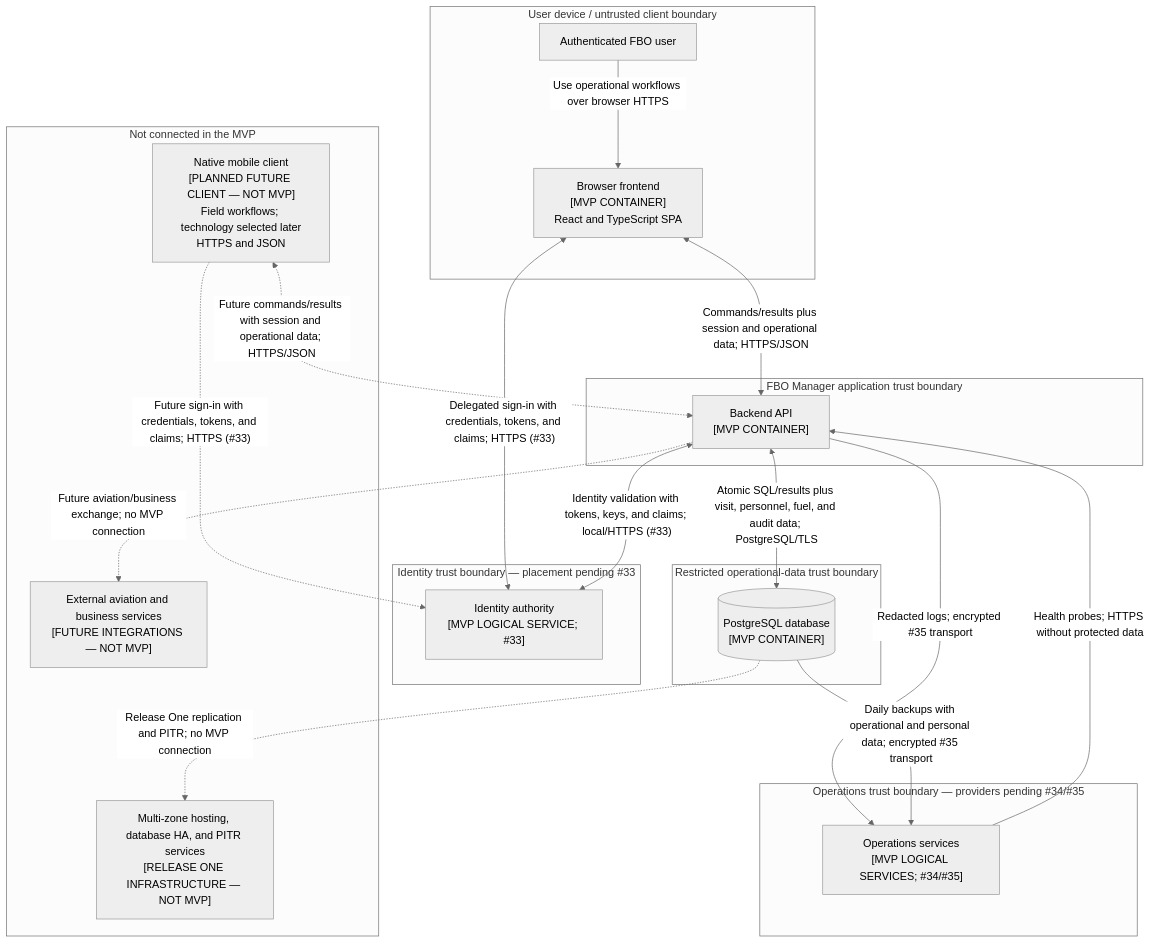
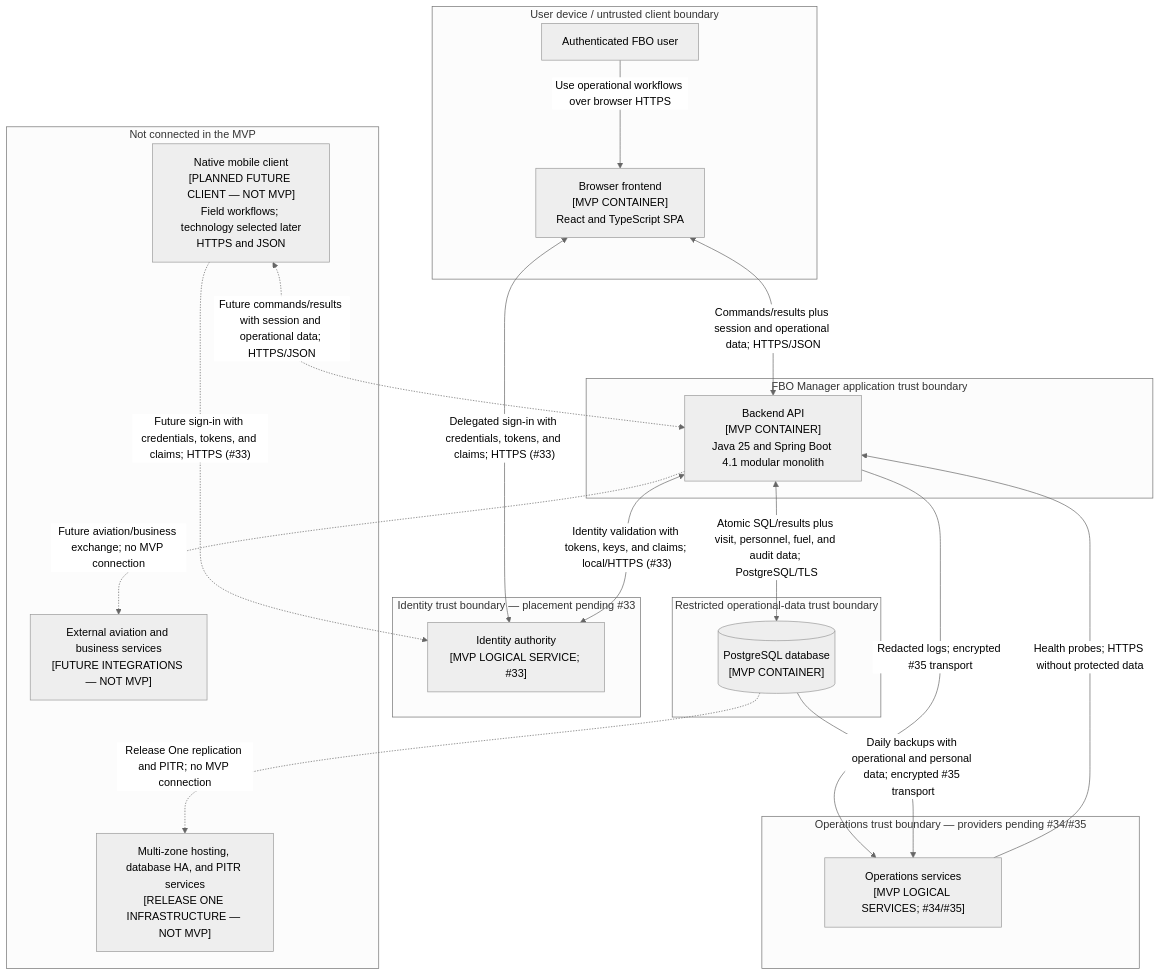
One commit to ecillie/FBO_Manager changed the second of 2 diagrams in docs/architecture.md. Above: the diagram before and after it, drawn with Mermaid (neutral theme). The commit also changed other lines of this file and 3 other files, not shown here.

Commit message:
Document backend application architecture

````diff
--- a/docs/architecture.md
+++ b/docs/architecture.md
@@ -80,42 +80,42 @@
 ```mermaid
 flowchart TB
     subgraph deviceBoundary["User device / untrusted client boundary"]
         staff["Authenticated FBO user"]
         frontend["Browser frontend<br/>[MVP CONTAINER]<br/>React and TypeScript SPA"]
     end
 
     subgraph applicationBoundary["FBO Manager application trust boundary"]
-        backend["Backend API<br/>[MVP CONTAINER]"]
+        backend["Backend API<br/>[MVP CONTAINER]<br/>Java 25 and Spring Boot 4.1 modular monolith"]
     end
 
     subgraph dataBoundary["Restricted operational-data trust boundary"]
         database[("PostgreSQL database<br/>[MVP CONTAINER]")]
     end
 
     subgraph identityBoundary["Identity trust boundary — placement pending #33"]
         identityService["Identity authority<br/>[MVP LOGICAL SERVICE; #33]"]
     end
 
     subgraph operationsBoundary["Operations trust boundary — providers pending #34/#35"]
         operationsService["Operations services<br/>[MVP LOGICAL SERVICES; #34/#35]"]
     end
 
     subgraph notMvp["Not connected in the MVP"]
         nativeMobile["Native mobile client<br/>[PLANNED FUTURE CLIENT — NOT MVP]<br/>Field workflows; technology selected later<br/>HTTPS and JSON"]
         futureServices["External aviation and business services<br/>[FUTURE INTEGRATIONS — NOT MVP]"]
         releaseOneServices["Multi-zone hosting, database HA, and PITR services<br/>[RELEASE ONE INFRASTRUCTURE — NOT MVP]"]
     end
 
     staff -->|"Use operational workflows over browser HTTPS"| frontend
     frontend <-->|"Commands/results plus session and operational data; HTTPS/JSON"| backend
     backend <-->|"Atomic SQL/results plus visit, personnel, fuel, and audit data; PostgreSQL/TLS"| database
     frontend <-->|"Delegated sign-in with credentials, tokens, and claims; HTTPS (#33)"| identityService
     backend <-->|"Identity validation with tokens, keys, and claims; local/HTTPS (#33)"| identityService
     operationsService -->|"Health probes; HTTPS without protected data"| backend
     backend -->|"Redacted logs; encrypted #35 transport"| operationsService
     database -->|"Daily backups with operational and personal data; encrypted #35 transport"| operationsService
     nativeMobile <-.->|"Future commands/results with session and operational data; HTTPS/JSON"| backend
     nativeMobile -.->|"Future sign-in with credentials, tokens, and claims; HTTPS (#33)"| identityService
     backend -.->|"Future aviation/business exchange; no MVP connection"| futureServices
     database -.->|"Release One replication and PITR; no MVP connection"| releaseOneServices
 ```
````
